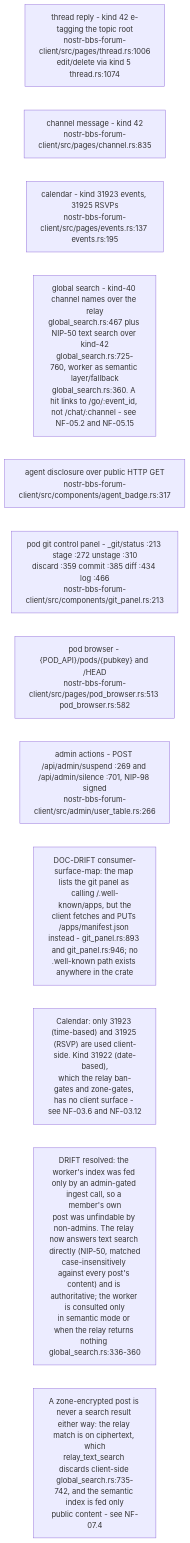
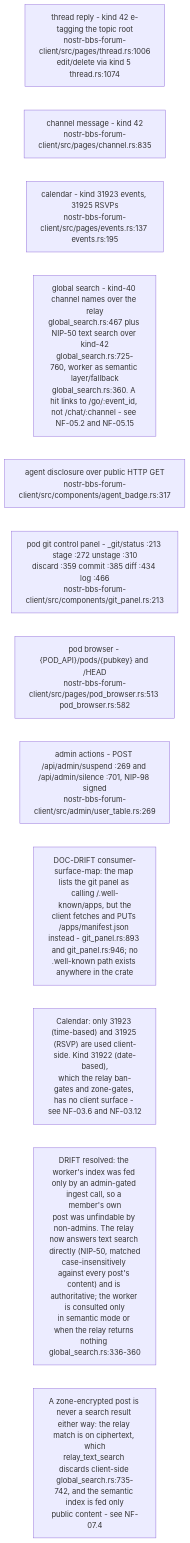
One commit to DreamLab-AI/VisionFlow changed the tenth of 17 diagrams in docs/diagrams/nostr-rust-forum/05-leptos-clients-onboarding-messaging-governance.md. Above: the diagram before and after it, drawn with Mermaid. The commit also changed other lines of this file and 91 other files, not shown here.

````diff
--- a/docs/diagrams/nostr-rust-forum/05-leptos-clients-onboarding-messaging-governance.md
+++ b/docs/diagrams/nostr-rust-forum/05-leptos-clients-onboarding-messaging-governance.md
@@ -341,16 +344,16 @@
 ```mermaid
 flowchart LR
     THREAD["thread reply - kind 42 e-tagging the topic root<br/>nostr-bbs-forum-client/src/pages/thread.rs:1006<br/>edit/delete via kind 5 thread.rs:1074"]
     CHAN["channel message - kind 42<br/>nostr-bbs-forum-client/src/pages/channel.rs:835"]
     EVENTS["calendar - kind 31923 events, 31925 RSVPs<br/>nostr-bbs-forum-client/src/pages/events.rs:137 events.rs:195"]
     SEARCH["global search - kind-40 channel names over the relay<br/>global_search.rs:467 plus NIP-50 text search over kind-42<br/>global_search.rs:725-760, worker as semantic layer/fallback<br/>global_search.rs:360. A hit links to /go/:event_id, not /chat/:channel - see NF-05.2 and NF-05.15"]
     BADGE["agent disclosure over public HTTP GET<br/>nostr-bbs-forum-client/src/components/agent_badge.rs:317"]
     GIT["pod git control panel - _git/status :213 stage :272 unstage :310<br/>discard :359 commit :385 diff :434 log :466<br/>nostr-bbs-forum-client/src/components/git_panel.rs:213"]
     POD["pod browser - {POD_API}/pods/{pubkey} and /HEAD<br/>nostr-bbs-forum-client/src/pages/pod_browser.rs:513 pod_browser.rs:582"]
-    ADMINT["admin actions - POST /api/admin/suspend :269 and /api/admin/silence :701, NIP-98 signed<br/>nostr-bbs-forum-client/src/admin/user_table.rs:266"]
+    ADMINT["admin actions - POST /api/admin/suspend :269 and /api/admin/silence :701, NIP-98 signed<br/>nostr-bbs-forum-client/src/admin/user_table.rs:269"]
 
     N1["DOC-DRIFT consumer-surface-map: the map lists the git panel as calling /.well-known/apps, but the<br/>client fetches and PUTs /apps/manifest.json instead - git_panel.rs:893 and git_panel.rs:946; no<br/>.well-known path exists anywhere in the crate"]
     N2["Calendar: only 31923 (time-based) and 31925 (RSVP) are used client-side. Kind 31922 (date-based),<br/>which the relay ban-gates and zone-gates, has no client surface - see NF-03.6 and NF-03.12"]
     N3["DRIFT resolved: the worker's index was fed only by an admin-gated ingest call, so a member's own<br/>post was unfindable by non-admins. The relay now answers text search directly (NIP-50, matched<br/>case-insensitively against every post's content) and is authoritative; the worker is consulted only<br/>in semantic mode or when the relay returns nothing global_search.rs:336-360"]
     N4["A zone-encrypted post is never a search result either way: the relay match is on ciphertext, which<br/>relay_text_search discards client-side global_search.rs:735-742, and the semantic index is fed only<br/>public content - see NF-07.4"]
 ```
````
